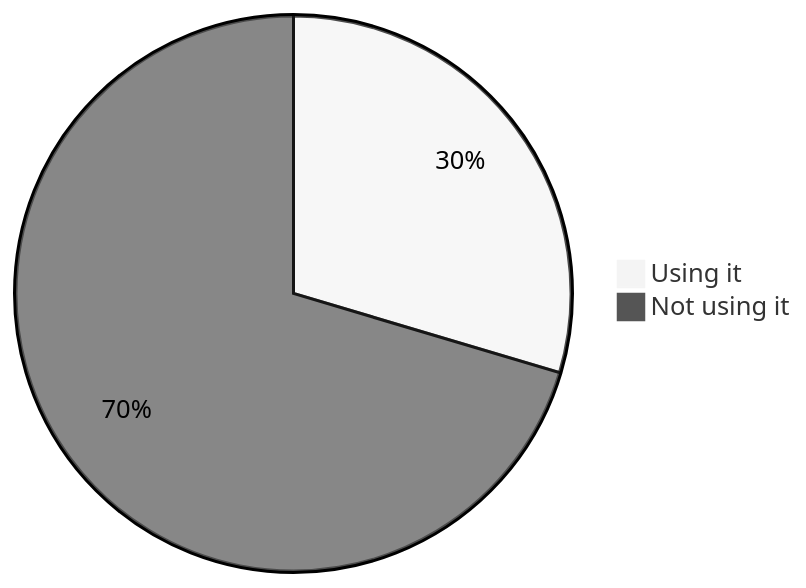
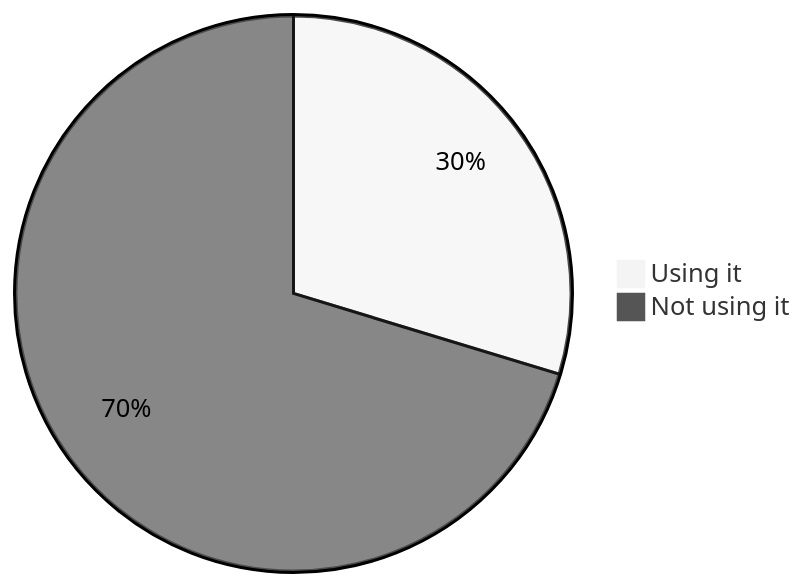
Before and after one commit to oshp/oshp-stats: diagram 15 of 22 in stats.md, drawn with Mermaid (neutral theme). The commit also changed other lines of this file, not shown here.

````diff
--- a/stats.md
+++ b/stats.md
@@ -178,6 +178,6 @@
 ```mermaid
 pie
-	"Using it" : 29.6
-	"Not using it" : 70.4
+	"Using it" : 29.69
+	"Not using it" : 70.31
 
 ```
````
